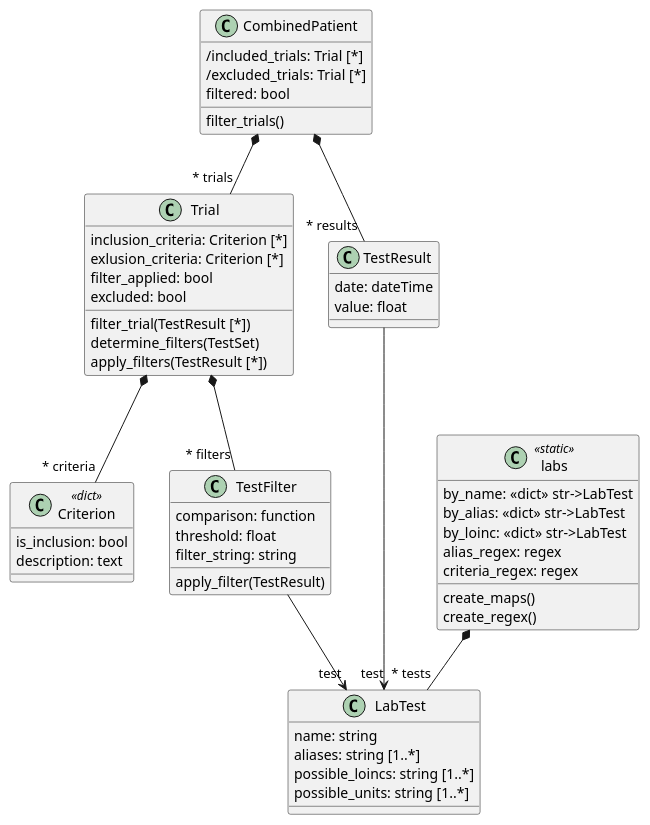
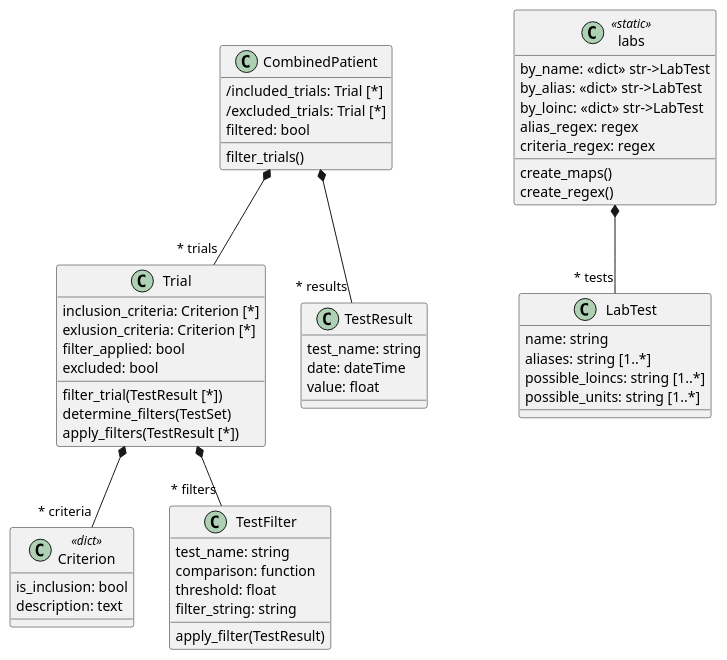
One commit to girls-computing-league/clinical-trial-selector changed the diagram in models/trial_model.md. Above: the diagram before and after it, drawn with PlantUML. The commit also changed 8 other files, not shown here.

Commit message:
Begin lab result refactoring

````diff
--- a/models/trial_model.md
+++ b/models/trial_model.md
@@ -8,56 +8,56 @@
 ```plantuml
 @startuml trialmodel
     class CombinedPatient {
         /included_trials: Trial [*]
         /excluded_trials: Trial [*]
         filtered: bool
         filter_trials()
     }
     class Trial {
         inclusion_criteria: Criterion [*]
         exlusion_criteria: Criterion [*]
         filter_applied: bool
         excluded: bool
         filter_trial(TestResult [*])
         determine_filters(TestSet)
         apply_filters(TestResult [*])
     }
     class Criterion <<dict>> {
         is_inclusion: bool
         description: text
     }
     class TestFilter {
+        test_name: string
         comparison: function
         threshold: float
         filter_string: string
         apply_filter(TestResult)
     }
     class LabTest {
         name: string
         aliases: string [1..*]
         possible_loincs: string [1..*]
         possible_units: string [1..*]
     }
     class labs <<static>> {
         by_name: <<dict>> str->LabTest
         by_alias: <<dict>> str->LabTest
         by_loinc: <<dict>> str->LabTest
         alias_regex: regex
         criteria_regex: regex
         create_maps()
         create_regex()
     }
     class TestResult {
+        test_name: string
         date: dateTime
         value: float
     }
 
     CombinedPatient *-- "~* trials" Trial
     CombinedPatient *-- "~* results" TestResult
-    TestResult --> "test" LabTest
     Trial *-- "~* filters" TestFilter 
     Trial *-- "~* criteria" Criterion 
-    TestFilter --> "test" LabTest
     labs *-- "~* tests" LabTest 
 @enduml
 ```
````
